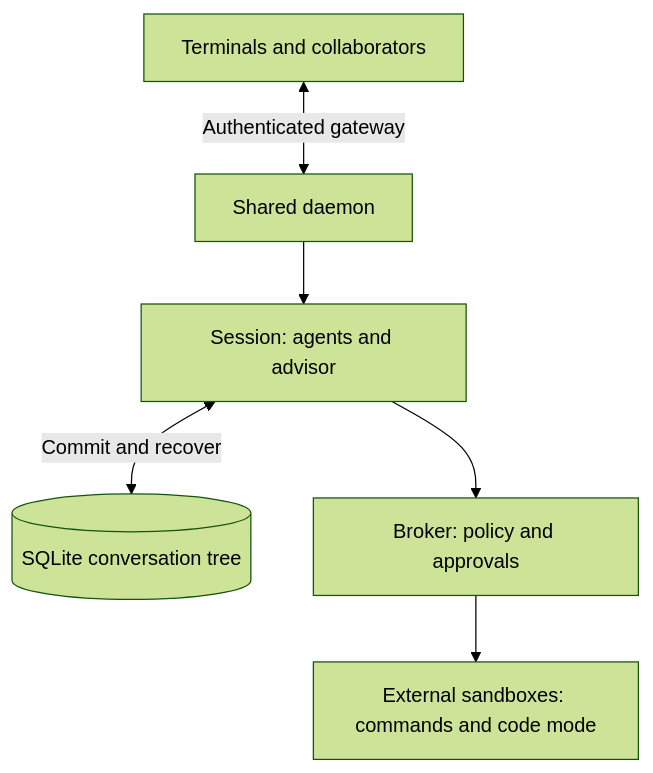
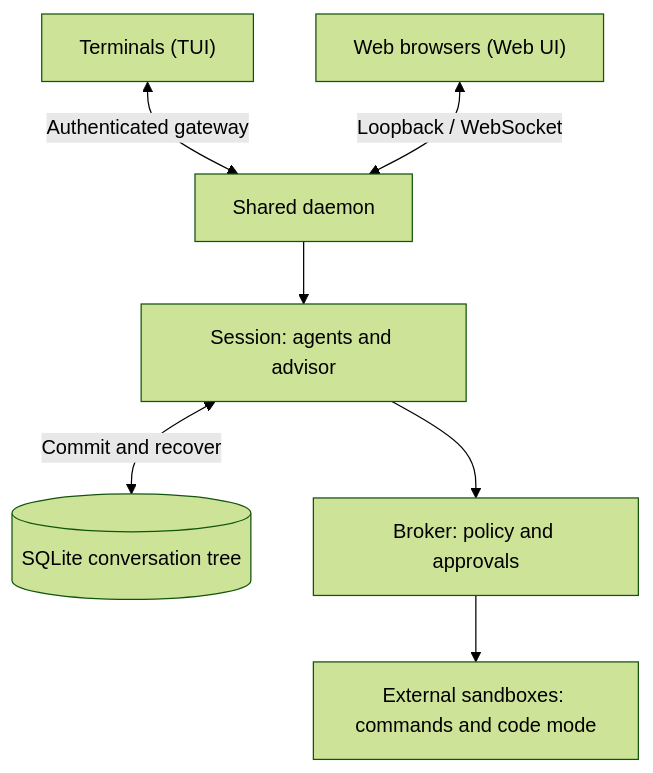
Before and after one commit to Roasbeef/loom: the second of 3 diagrams in README.md, drawn with Mermaid (forest theme). The commit also changed other lines of this file and 2 other files, not shown here.

First line of the commit message:
docs: detail combined tui/web architecture

````diff
--- a/README.md
+++ b/README.md
@@ -355,8 +373,9 @@
 ```mermaid
 flowchart TB
-    T["Terminals and collaborators"] <-->|"Authenticated gateway"| D["Shared daemon"]
+    T["Terminals (TUI)"] <-->|"Authenticated gateway"| D["Shared daemon"]
+    W["Web browsers (Web UI)"] <-->|"Loopback / WebSocket"| D
     D --> S["Session: agents and advisor"]
     S <-->|"Commit and recover"| H[("SQLite conversation tree")]
     S --> B["Broker: policy and approvals"]
     B --> J["External sandboxes: commands and code mode"]
 ```
````
